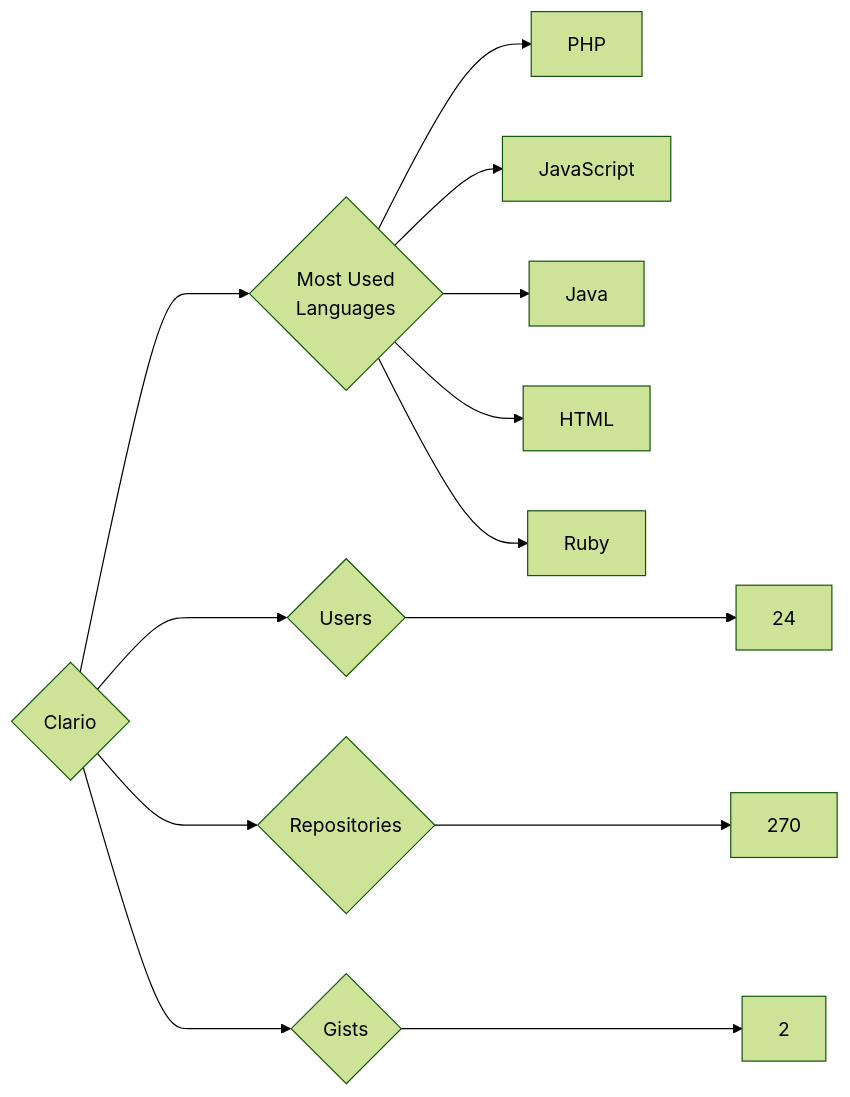
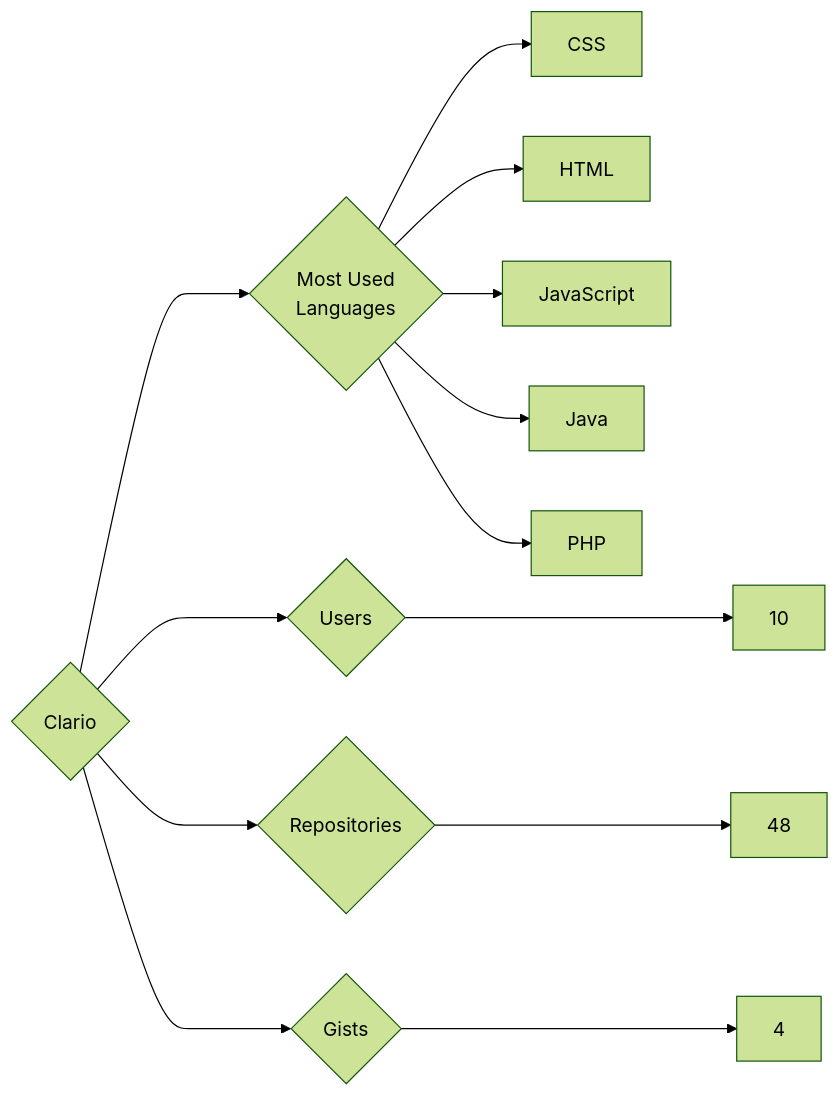
One commit to trickest/insiders changed the diagram in targets/Clario/README.md. Above: the diagram before and after it, drawn with Mermaid (forest theme). The commit also changed 693 other files, not shown here.

````diff
--- a/targets/Clario/README.md
+++ b/targets/Clario/README.md
@@ -3,13 +3,13 @@
 ```mermaid
 graph LR
 COMPANY_NAME{Clario}
-COMPANY_NAME ---> U{Users} ---> UN[24]
-COMPANY_NAME ---> R{Repositories} ---> RN[270]
-COMPANY_NAME ---> G{Gists} ---> GN[2]
+COMPANY_NAME ---> U{Users} ---> UN[10]
+COMPANY_NAME ---> R{Repositories} ---> RN[48]
+COMPANY_NAME ---> G{Gists} ---> GN[4]
 COMPANY_NAME ---> ML{Most Used<br>Languages}
-ML --> PHP[PHP]
+ML --> CSS[CSS]
+ML --> HTML[HTML]
 ML --> JavaScript[JavaScript]
 ML --> Java[Java]
-ML --> HTML[HTML]
-ML --> Ruby[Ruby]
+ML --> PHP[PHP]
 ```
````
